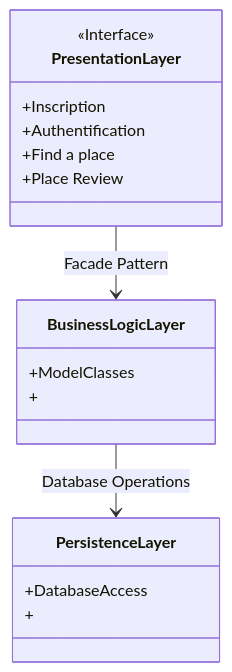
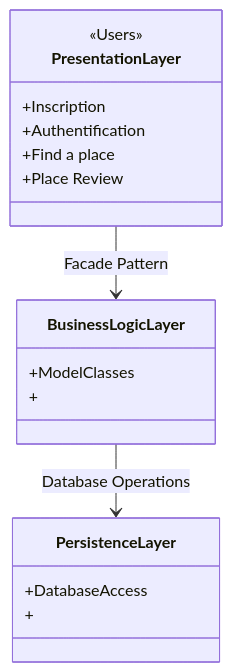
One commit to AnneCecile2935/holbertonschool-hbnb changed the diagram in part1/README.md. Above: the diagram before and after it, drawn with Mermaid.

````diff
--- a/part1/README.md
+++ b/part1/README.md
@@ -3,20 +3,20 @@
 ```mermaid
 classDiagram
 class PresentationLayer {
-    <<Interface>>
+    <<Users>>
     +Inscription
 	+Authentification
 	+Find a place
 	+Place Review
 }
 class BusinessLogicLayer {
     +ModelClasses
     +
 }
 class PersistenceLayer {
     +DatabaseAccess
     +
 }
 PresentationLayer --> BusinessLogicLayer : Facade Pattern
 BusinessLogicLayer --> PersistenceLayer : Database Operations
 ```
````
